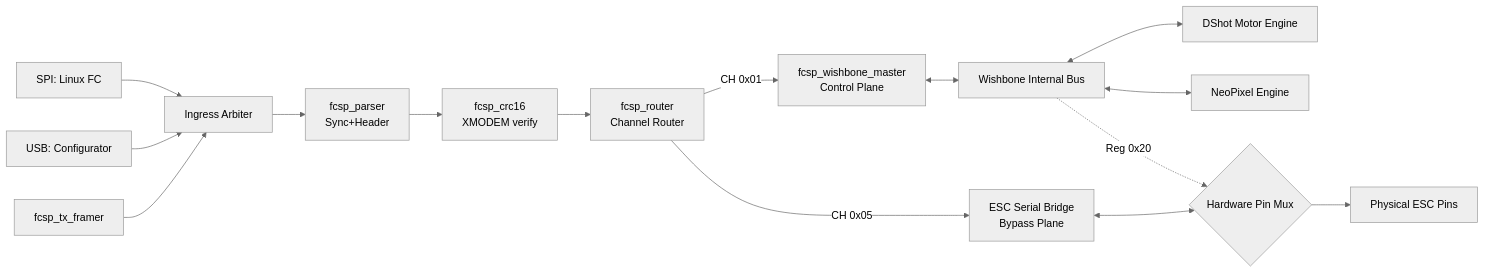
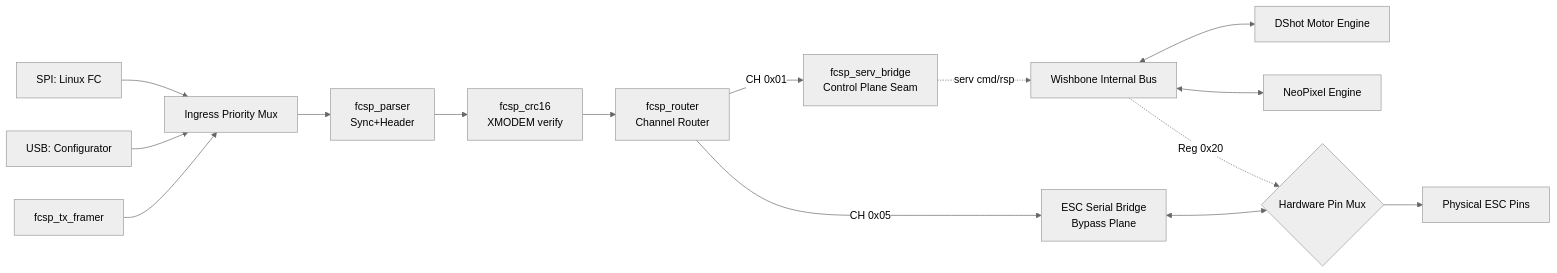
One commit to tcmichals/rt-fc-offloader changed the diagram in docs/FPGA_BLOCK_DESIGN.md. Above: the diagram before and after it, drawn with Mermaid (neutral theme). The commit also changed other lines of this file and 104 other files, not shown here.

````diff
--- a/docs/FPGA_BLOCK_DESIGN.md
+++ b/docs/FPGA_BLOCK_DESIGN.md
@@ -18,25 +23,25 @@
 ```mermaid
 flowchart LR
-    HOST_SPI[SPI: Linux FC] --> MUX[Ingress Arbiter]
+    HOST_SPI[SPI: Linux FC] --> MUX[Ingress Priority Mux]
     HOST_USB[USB: Configurator] --> MUX
     
     MUX --> PARSER[fcsp_parser\nSync+Header]
     PARSER --> CRC[fcsp_crc16\nXMODEM verify]
     CRC --> ROUTER[fcsp_router\nChannel Router]
 
     %% Channels
-    ROUTER -->|CH 0x01| WB_Master[fcsp_wishbone_master\nControl Plane]
+    ROUTER -->|CH 0x01| SERV_BRIDGE[fcsp_serv_bridge\nControl Plane Seam]
     ROUTER -->|CH 0x05| BYPASS[ESC Serial Bridge\nBypass Plane]
 
     %% Logic
-    WB_Master <--> BUS[Wishbone Internal Bus]
+    SERV_BRIDGE -.serv cmd/rsp.-> BUS[Wishbone Internal Bus]
     BUS <--> DSHOT[DShot Motor Engine]
     BUS <--> NEO[NeoPixel Engine]
     
     %% The Hard Switch
     BUS -.->|Reg 0x20| PIN_MUX{Hardware Pin Mux}
     BYPASS <--> PIN_MUX
     
     PIN_MUX --> MOTORS[Physical ESC Pins]
     ENCODER[fcsp_tx_framer] --> MUX
 ```
````
